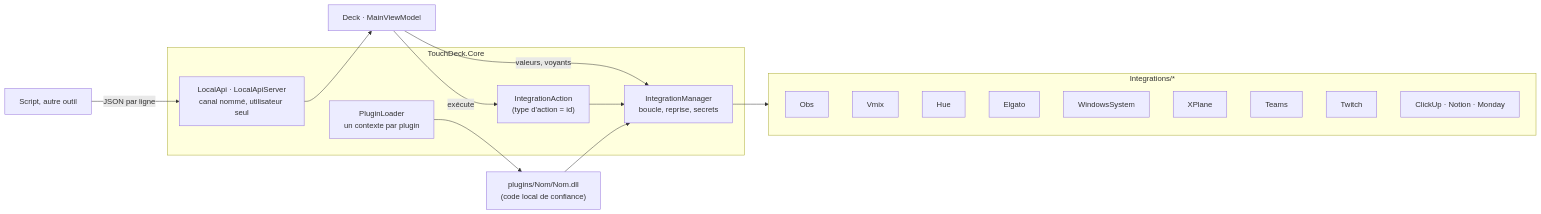
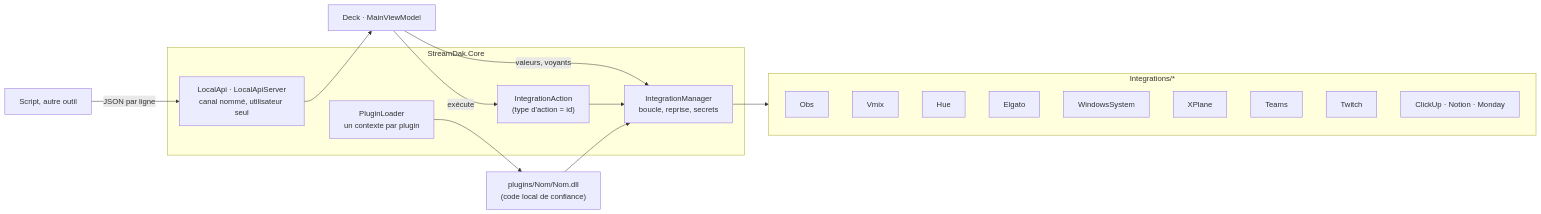
Before and after one commit to Dakire/StreamDeck: the second of 4 diagrams in docs/ARCHITECTURE.md, drawn with Mermaid. The commit also changed other lines of this file and 318 other files, not shown here.

````diff
--- a/docs/ARCHITECTURE.md
+++ b/docs/ARCHITECTURE.md
@@ -90,18 +90,18 @@
 ```mermaid
 flowchart LR
-    subgraph Core["TouchDeck.Core"]
+    subgraph Core["StreamDak.Core"]
         IM["IntegrationManager<br/>boucle, reprise, secrets"]
         IA["IntegrationAction<br/>(type d'action = id)"]
         API["LocalApi · LocalApiServer<br/>canal nommé, utilisateur seul"]
         PL["PluginLoader<br/>un contexte par plugin"]
     end
     subgraph Conn["Integrations/*"]
         OBS[Obs] & VM[Vmix] & HU[Hue] & EL[Elgato] & SYS[WindowsSystem] & XP[XPlane] & TM[Teams] & TW[Twitch] & TS["ClickUp · Notion · Monday"]
     end
     PLG["plugins/Nom/Nom.dll<br/>(code local de confiance)"]
     Deck["Deck · MainViewModel"] -- "valeurs, voyants" --> IM
     Deck -- "exécute" --> IA --> IM
     IM --> Conn
     PL --> PLG --> IM
     Script["Script, autre outil"] -- "JSON par ligne" --> API --> Deck
 ```
````
